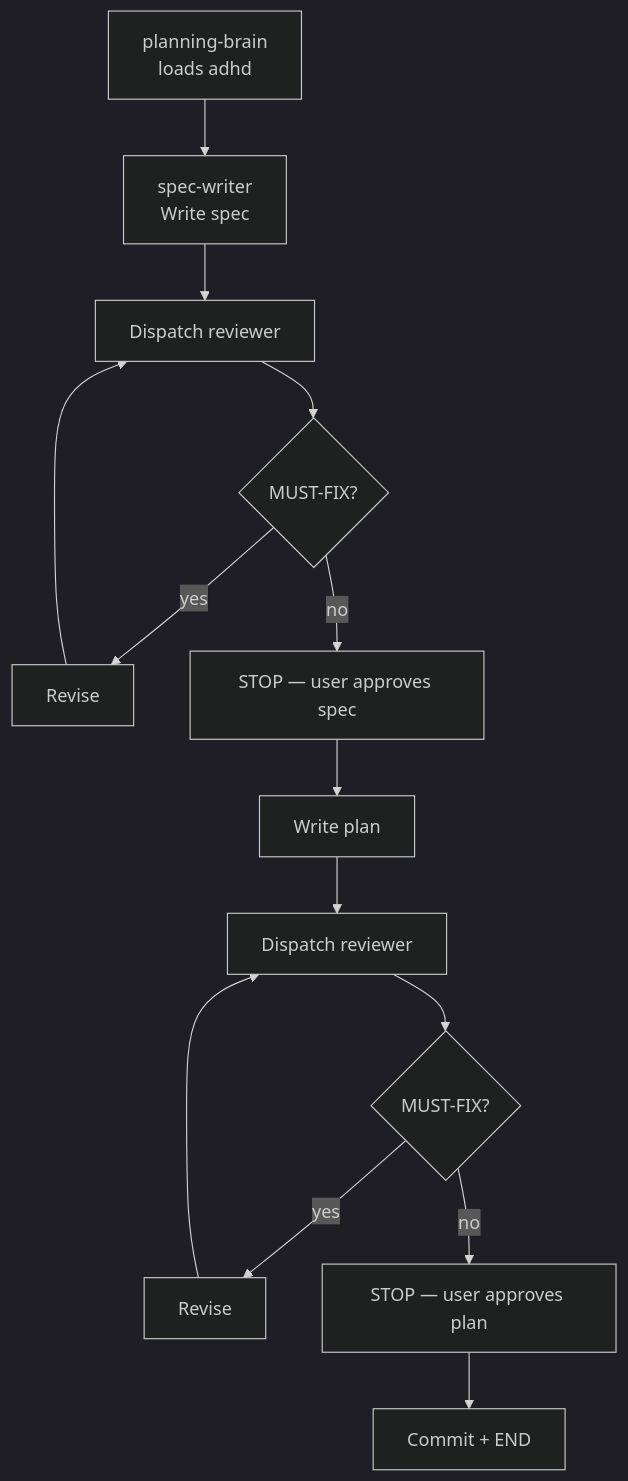
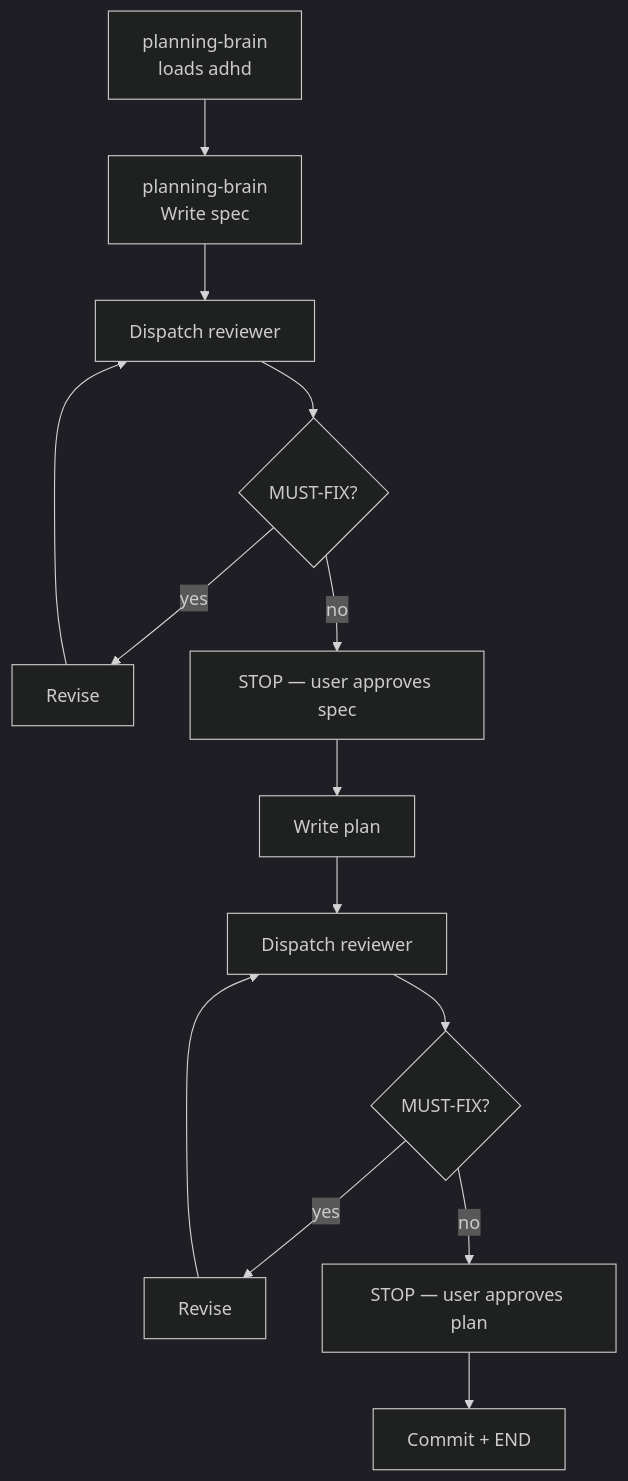
The second of 3 diagrams in src/workflows/overview.md (bperin/project-context), drawn with Mermaid (dark theme) before and after one commit. The commit also changed other lines of this file and 16 other files, not shown here.

First line of the commit message:
feat: merge writers into planning-brain — one agent thinks and writes

````diff
--- a/src/workflows/overview.md
+++ b/src/workflows/overview.md
@@ -24,14 +24,14 @@
 ```mermaid
 flowchart TD
-    ADHD["planning-brain<br/>loads adhd"] --> WRITESPEC["spec-writer<br/>Write spec"]
+    ADHD["planning-brain<br/>loads adhd"] --> WRITESPEC["planning-brain<br/>Write spec"]
     WRITESPEC --> REV1["Dispatch reviewer"]
     REV1 --> FIX1{"MUST-FIX?"}
     FIX1 -->|yes| REVISE1["Revise"] --> REV1
     FIX1 -->|no| GATE1["STOP — user approves spec"]
     GATE1 --> WRITEPLAN["Write plan"]
     WRITEPLAN --> REV2["Dispatch reviewer"]
     REV2 --> FIX2{"MUST-FIX?"}
     FIX2 -->|yes| REVISE2["Revise"] --> REV2
     FIX2 -->|no| GATE2["STOP — user approves plan"]
     GATE2 --> COMMIT["Commit + END"]
 ```
````
